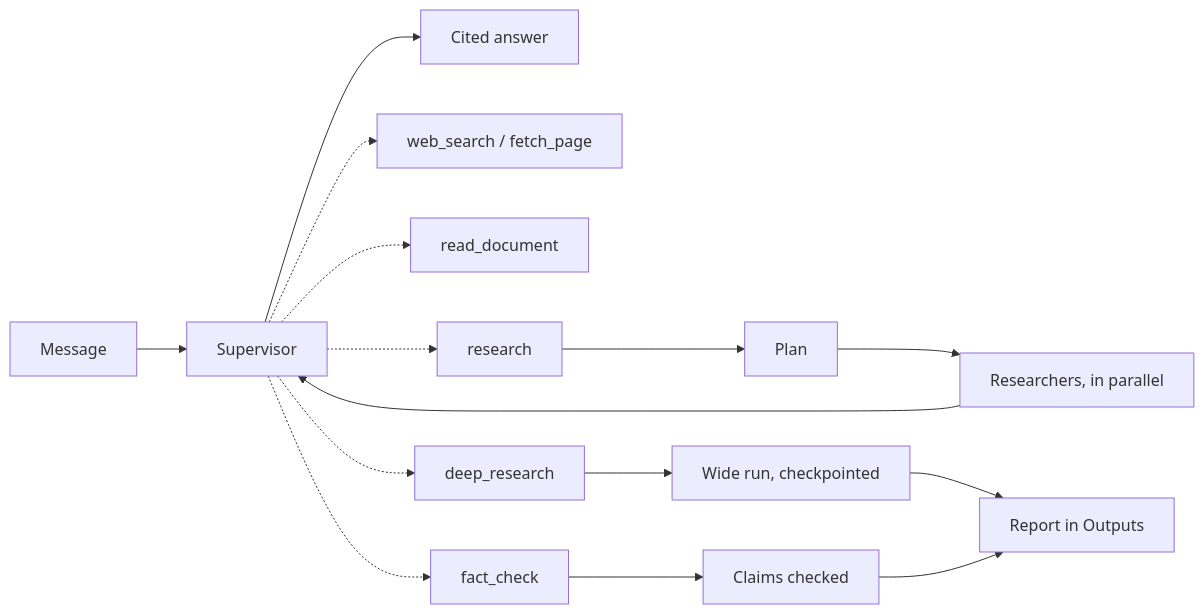
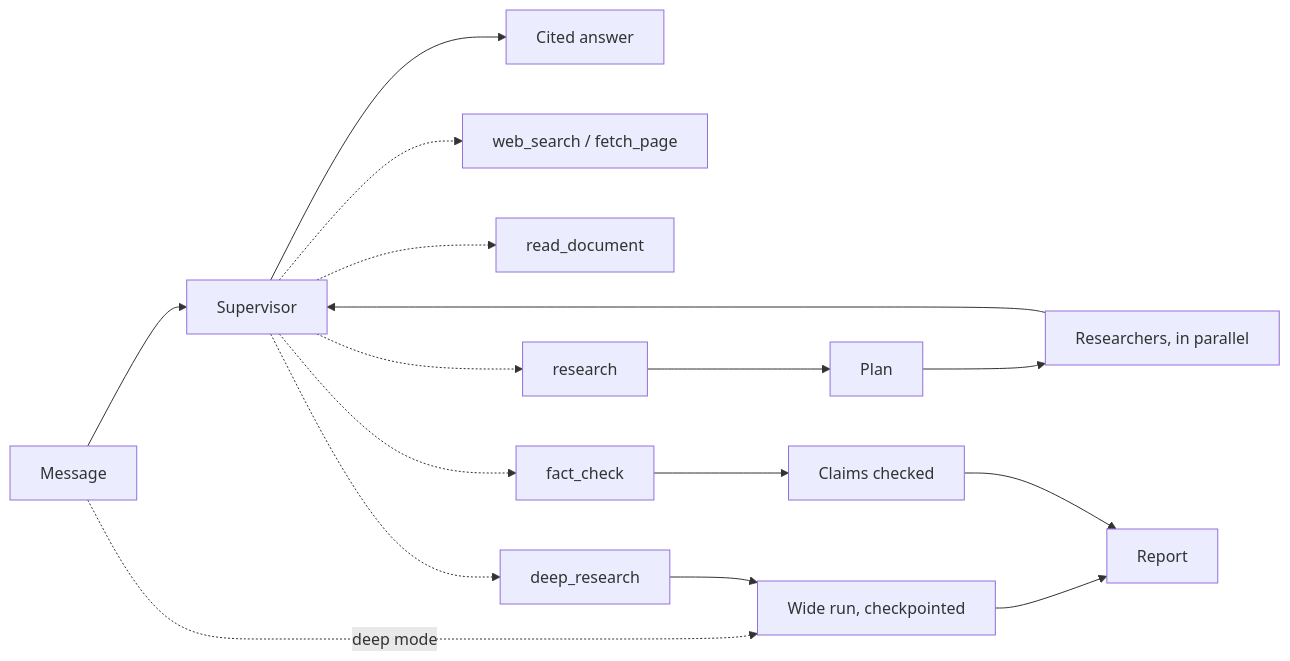
The diagram in README.md (Ghali-BenBouzid/nexus), drawn with Mermaid before and after one commit. The commit also changed other lines of this file and 15 other files, not shown here.

First line of the commit message:
feat(chat): deep research is a mode the composer switches into

````diff
--- a/README.md
+++ b/README.md
@@ -37,11 +41,12 @@
 ```mermaid
 flowchart LR
     M[Message] --> S[Supervisor]
+    M -. deep mode .-> D
     S --> A[Cited answer]
     S -.-> T1[web_search / fetch_page]
     S -.-> T2[read_document]
     S -.-> T3[research]
     T3 --> P[Plan] --> X[Researchers, in parallel] --> S
-    S -.-> T4[deep_research] --> D[Wide run, checkpointed] --> Out[Report in Outputs]
+    S -.-> T4[deep_research] --> D[Wide run, checkpointed] --> Out[Report]
     S -.-> T5[fact_check] --> F[Claims checked] --> Out
 ```
````
